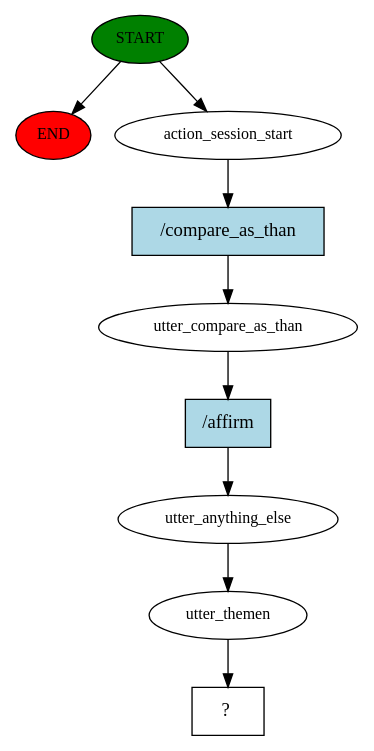
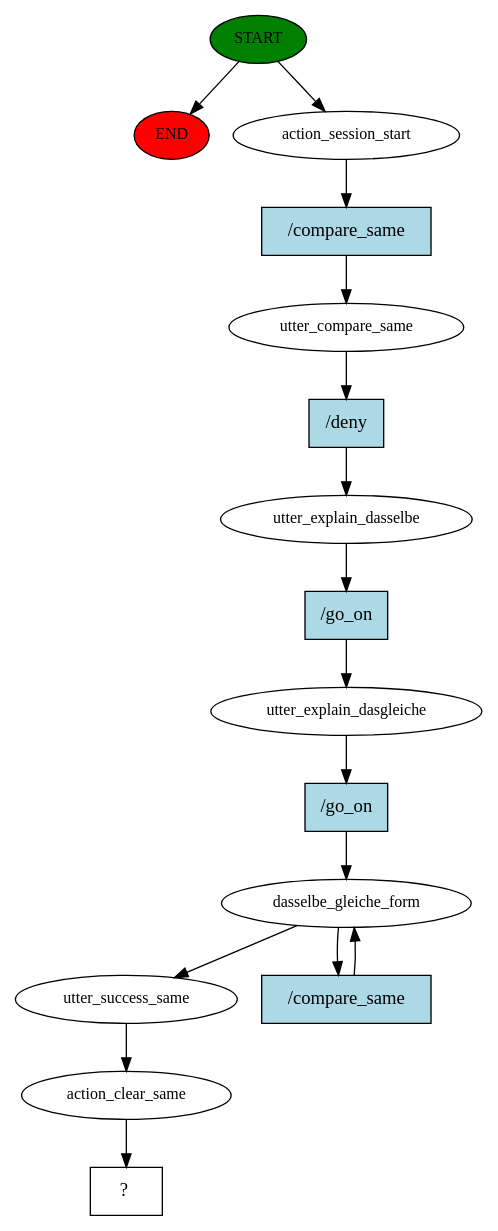
The diagram in story_graph.dot (se-labor/alfa-bot-chatbots), drawn with Graphviz before and after one commit. The commit also changed 29 other files, not shown here.

```diff
--- a/story_graph.dot
+++ b/story_graph.dot
@@ -1,19 +1,32 @@
 digraph  {
 0 [class="start active", fillcolor=green, fontsize=12, label=START, style=filled];
 "-1" [class=end, fillcolor=red, fontsize=12, label=END, style=filled];
 1 [class=active, fontsize=12, label=action_session_start];
-2 [class=active, fontsize=12, label=utter_compare_as_than];
-3 [class=active, fontsize=12, label=utter_anything_else];
-4 [class=active, fontsize=12, label=utter_themen];
-5 [class="intent dashed active", label="  ?  ", shape=rect];
-6 [class="intent active", fillcolor=lightblue, label="/compare_as_than", shape=rect, style=filled];
-7 [class="intent active", fillcolor=lightblue, label="/affirm", shape=rect, style=filled];
+2 [class=active, fontsize=12, label=utter_compare_same];
+3 [class=active, fontsize=12, label=utter_explain_dasselbe];
+4 [class=active, fontsize=12, label=utter_explain_dasgleiche];
+5 [class=active, fontsize=12, label=dasselbe_gleiche_form];
+8 [class=active, fontsize=12, label=utter_success_same];
+9 [class=active, fontsize=12, label=action_clear_same];
+10 [class="intent dashed active", label="  ?  ", shape=rect];
+11 [class="intent active", fillcolor=lightblue, label="/compare_same", shape=rect, style=filled];
+12 [class="intent active", fillcolor=lightblue, label="/deny", shape=rect, style=filled];
+13 [class="intent active", fillcolor=lightblue, label="/go_on", shape=rect, style=filled];
+14 [class="intent active", fillcolor=lightblue, label="/go_on", shape=rect, style=filled];
+15 [class="intent active", fillcolor=lightblue, label="/compare_same", shape=rect, style=filled];
 0 -> "-1"  [class="", key=NONE, label=""];
 0 -> 1  [class=active, key=NONE, label=""];
-1 -> 6  [class=active, key=0];
-2 -> 7  [class=active, key=0];
-3 -> 4  [class=active, key=NONE, label=""];
-4 -> 5  [class=active, key=NONE, label=""];
-6 -> 2  [class=active, key=0];
-7 -> 3  [class=active, key=0];
+1 -> 11  [class=active, key=0];
+2 -> 12  [class=active, key=0];
+3 -> 13  [class=active, key=0];
+4 -> 14  [class=active, key=0];
+5 -> 8  [class=active, key=NONE, label=""];
+5 -> 15  [class=active, key=0];
+8 -> 9  [class=active, key=NONE, label=""];
+9 -> 10  [class=active, key=NONE, label=""];
+11 -> 2  [class=active, key=0];
+12 -> 3  [class=active, key=0];
+13 -> 4  [class=active, key=0];
+14 -> 5  [class=active, key=0];
+15 -> 5  [class=active, key=0];
 }
```
